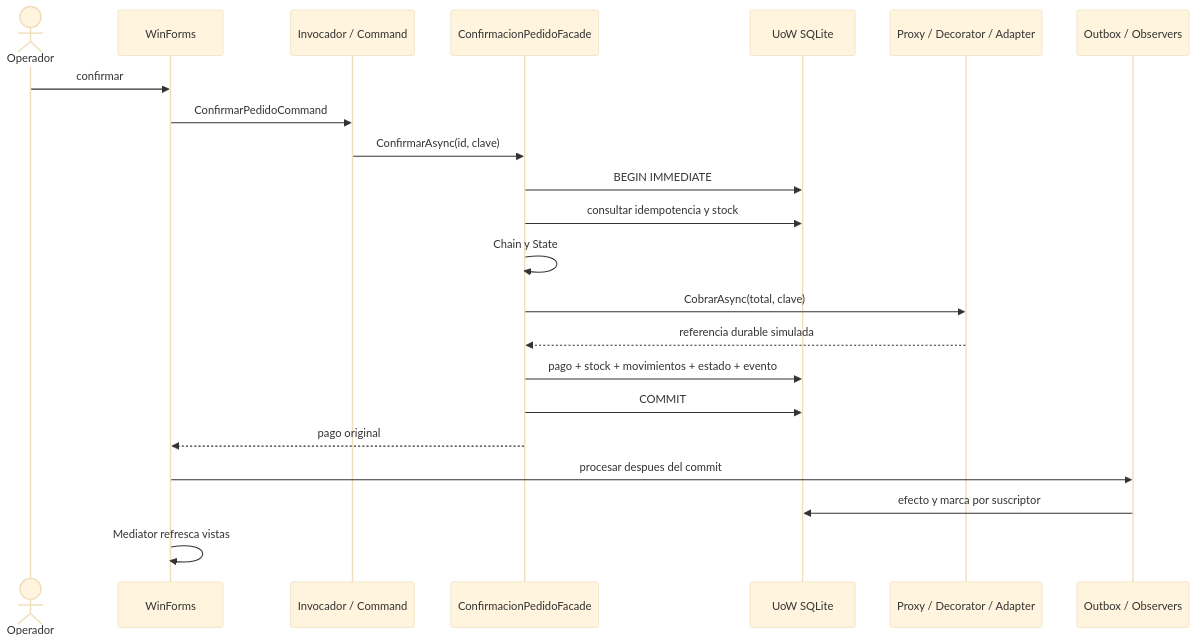
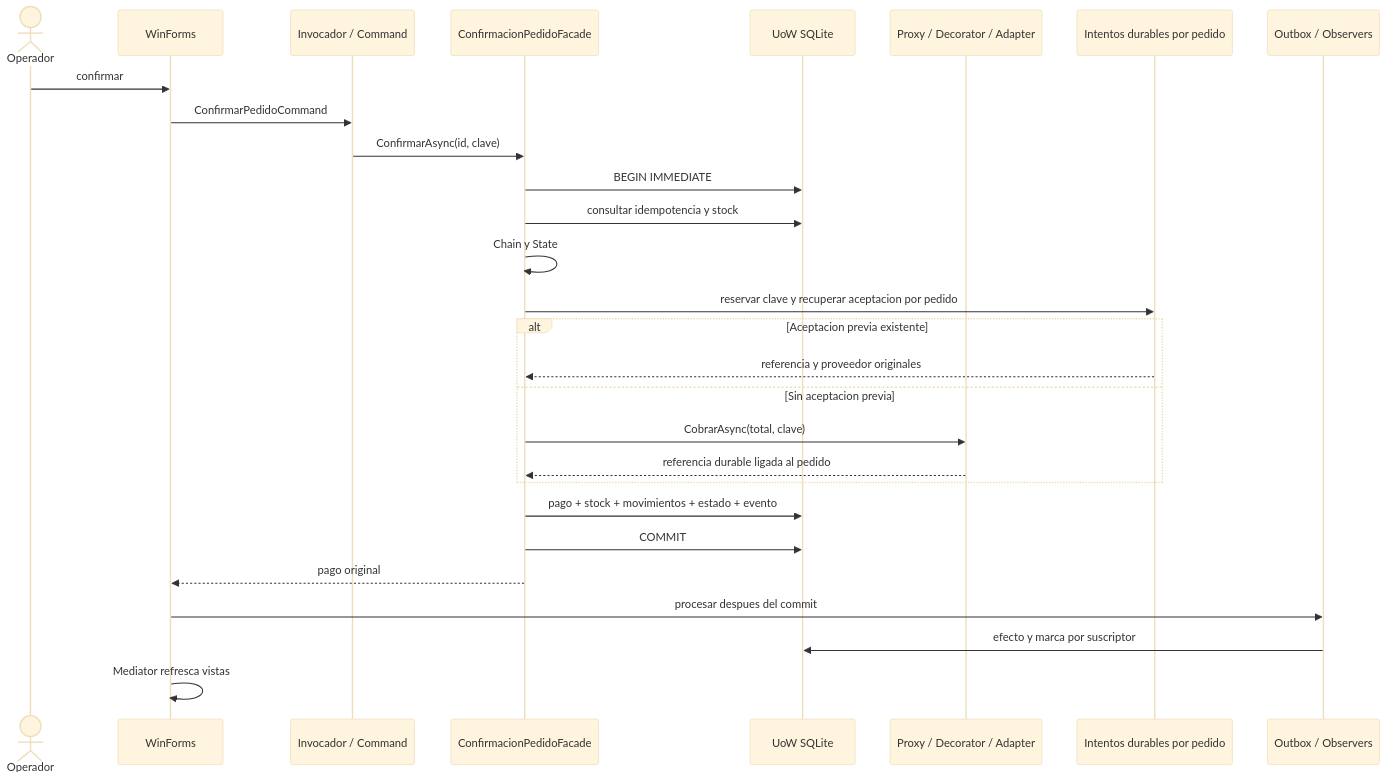
Before and after one commit to william-martinez5101/LogiMarket360: the fifth of 6 diagrams in docs/ARQUITECTURA.md, drawn with Mermaid (base theme). The commit also changed 92 other files, not shown here.

````diff
--- a/docs/ARQUITECTURA.md
+++ b/docs/ARQUITECTURA.md
@@ -111,24 +111,30 @@
 ```mermaid
 sequenceDiagram
     actor Operador
     participant UI as WinForms
     participant C as Invocador / Command
     participant F as ConfirmacionPedidoFacade
     participant DB as UoW SQLite
     participant P as Proxy / Decorator / Adapter
+    participant I as Intentos durables por pedido
     participant O as Outbox / Observers
     Operador->>UI: confirmar
     UI->>C: ConfirmarPedidoCommand
     C->>F: ConfirmarAsync(id, clave)
     F->>DB: BEGIN IMMEDIATE
     F->>DB: consultar idempotencia y stock
     F->>F: Chain y State
-    F->>P: CobrarAsync(total, clave)
-    P-->>F: referencia durable simulada
+    F->>I: reservar clave y recuperar aceptacion por pedido
+    alt Aceptacion previa existente
+        I-->>F: referencia y proveedor originales
+    else Sin aceptacion previa
+        F->>P: CobrarAsync(total, clave)
+        P-->>F: referencia durable ligada al pedido
+    end
     F->>DB: pago + stock + movimientos + estado + evento
     F->>DB: COMMIT
     F-->>UI: pago original
     UI->>O: procesar despues del commit
     O->>DB: efecto y marca por suscriptor
     UI->>UI: Mediator refresca vistas
 ```
````
